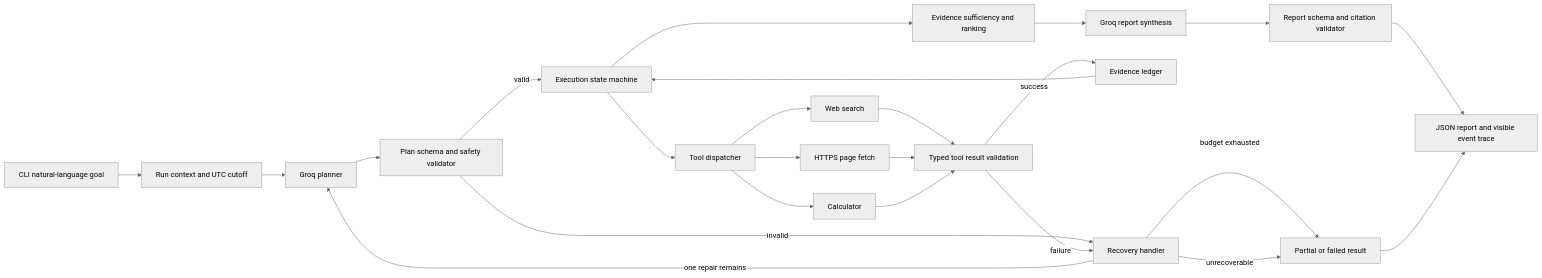
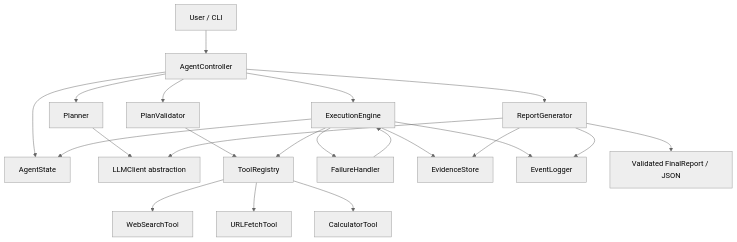
The first of 2 diagrams in ARCHITECTURE.md (brajeshkumar7/agentic-GitHub-reviewer), drawn with Mermaid (neutral theme) before and after one commit. The commit also changed other lines of this file and 2 other files, not shown here.

First line of the commit message:
docs: finalize Phase 1 agent architecture

````diff
--- a/ARCHITECTURE.md
+++ b/ARCHITECTURE.md
@@ -20,26 +39,24 @@
 ```mermaid
-flowchart LR
-    A[CLI natural-language goal] --> B[Run context and UTC cutoff]
-    B --> C[Groq planner]
-    C --> D[Plan schema and safety validator]
-    D -->|valid| E[Execution state machine]
-    D -->|invalid| R[Recovery handler]
-    R -->|one repair remains| C
-    R -->|budget exhausted| F[Partial or failed result]
-    E --> G[Tool dispatcher]
-    G --> H[Web search]
-    G --> I[HTTPS page fetch]
-    G --> J[Calculator]
-    H --> K[Typed tool result validation]
-    I --> K
-    J --> K
-    K -->|failure| R
-    K -->|success| L[Evidence ledger]
-    L --> E
-    E --> M[Evidence sufficiency and ranking]
-    M --> N[Groq report synthesis]
-    N --> O[Report schema and citation validator]
-    O --> P[JSON report and visible event trace]
-    R -->|unrecoverable| F
-    F --> P
+flowchart TB
+    User[User / CLI] --> Controller[AgentController]
+    Controller --> State[AgentState]
+    Controller --> Planner[Planner]
+    Planner --> LLM[LLMClient abstraction]
+    Controller --> Validator[PlanValidator]
+    Validator --> Registry[ToolRegistry]
+    Controller --> Engine[ExecutionEngine]
+    Engine --> State
+    Engine --> Registry
+    Registry --> Search[WebSearchTool]
+    Registry --> Fetch[URLFetchTool]
+    Registry --> Calc[CalculatorTool]
+    Engine --> Handler[FailureHandler]
+    Handler --> Engine
+    Engine --> Evidence[EvidenceStore]
+    Engine --> Events[EventLogger]
+    Controller --> Report[ReportGenerator]
+    Report --> Evidence
+    Report --> LLM
+    Report --> Events
+    Report --> Output[Validated FinalReport / JSON]
 ```
````
